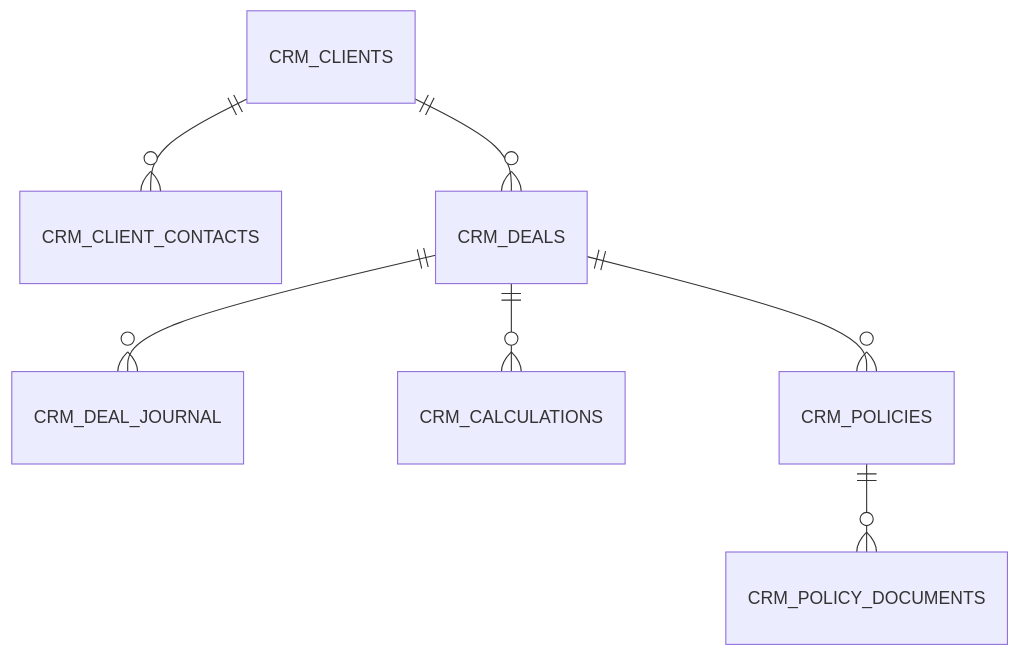
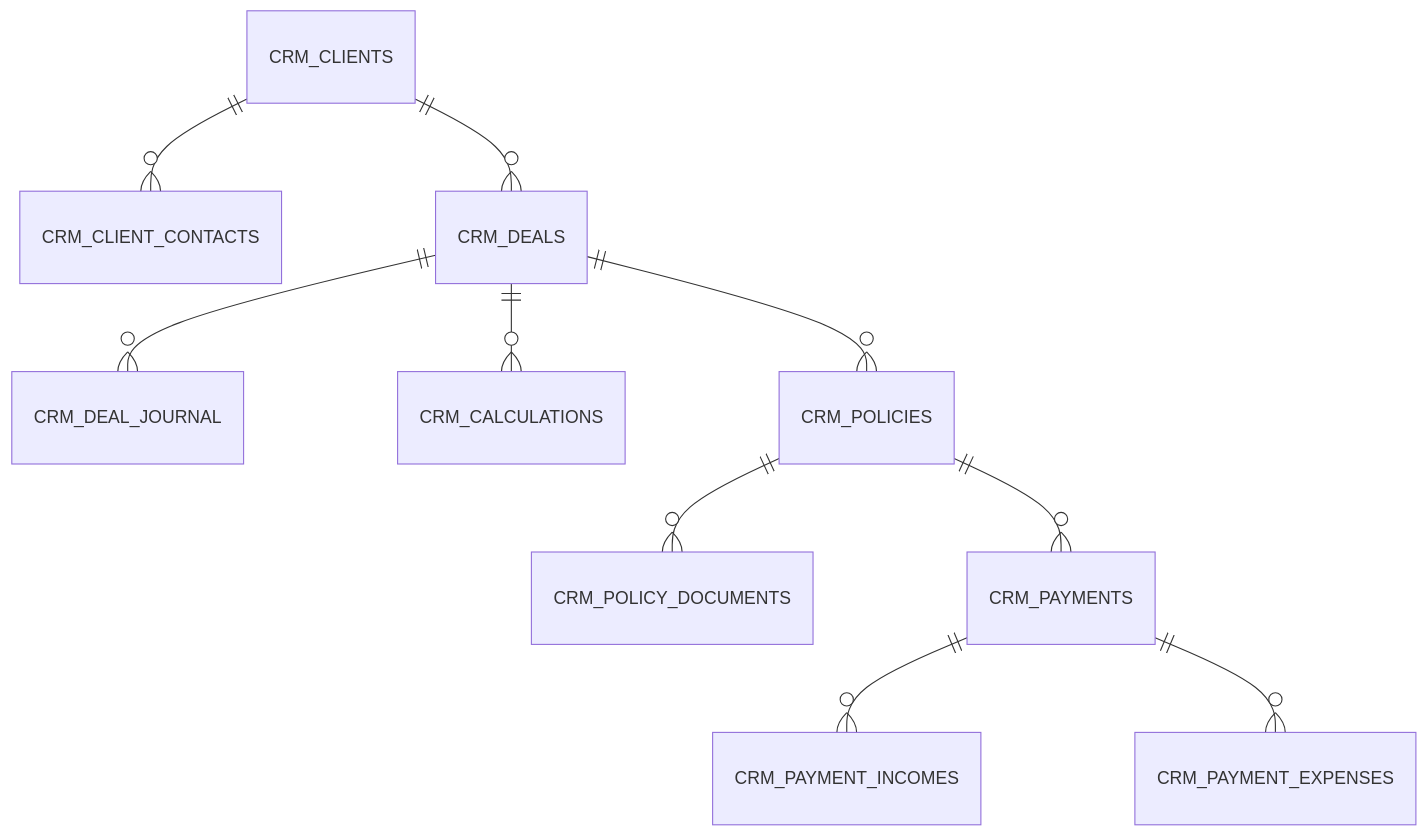
One commit to arhipvp/CRM_2.0 changed the second of 7 diagrams in docs/data-model.md. Above: the diagram before and after it, drawn with Mermaid. The commit also changed other lines of this file and 6 other files, not shown here.

````diff
--- a/docs/data-model.md
+++ b/docs/data-model.md
@@ -45,9 +45,12 @@
 ```mermaid
 erDiagram
     CRM_CLIENTS ||--o{ CRM_CLIENT_CONTACTS : ""
     CRM_CLIENTS ||--o{ CRM_DEALS : ""
     CRM_DEALS ||--o{ CRM_DEAL_JOURNAL : ""
     CRM_DEALS ||--o{ CRM_CALCULATIONS : ""
     CRM_DEALS ||--o{ CRM_POLICIES : ""
     CRM_POLICIES ||--o{ CRM_POLICY_DOCUMENTS : ""
+    CRM_POLICIES ||--o{ CRM_PAYMENTS : ""
+    CRM_PAYMENTS ||--o{ CRM_PAYMENT_INCOMES : ""
+    CRM_PAYMENTS ||--o{ CRM_PAYMENT_EXPENSES : ""
 ```
````
